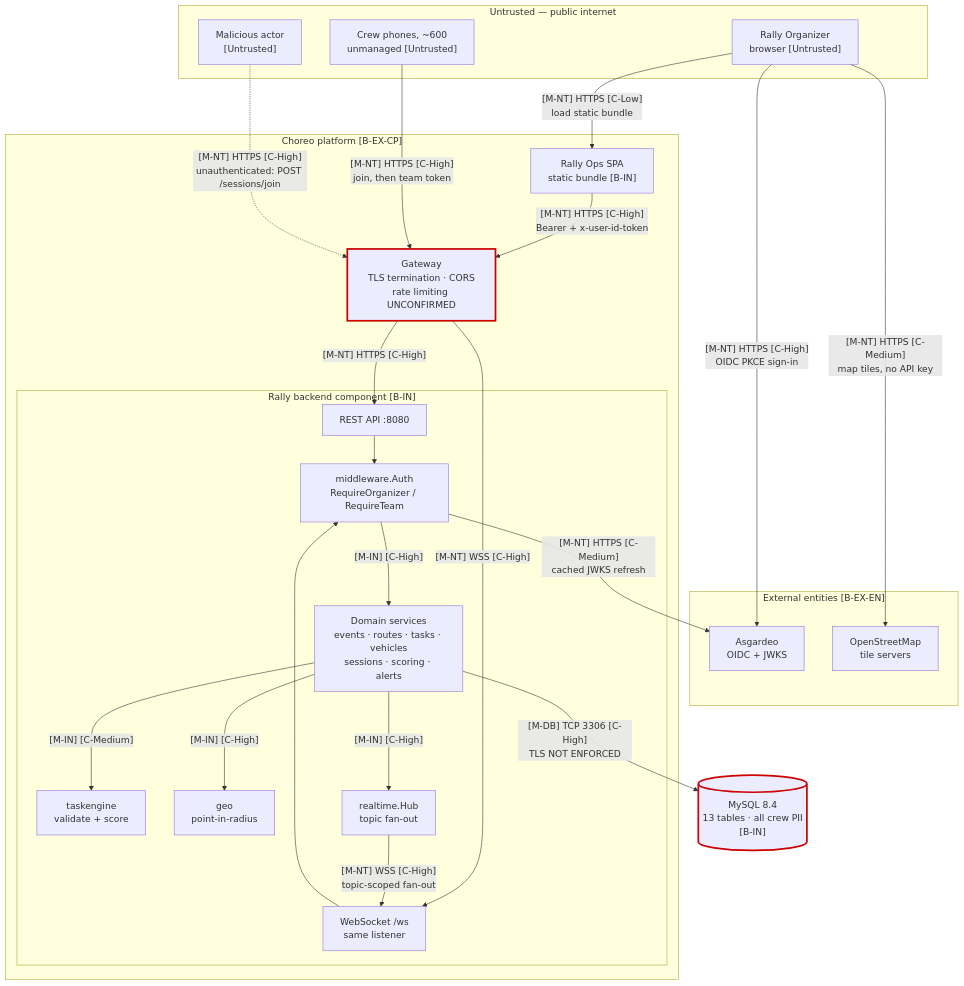
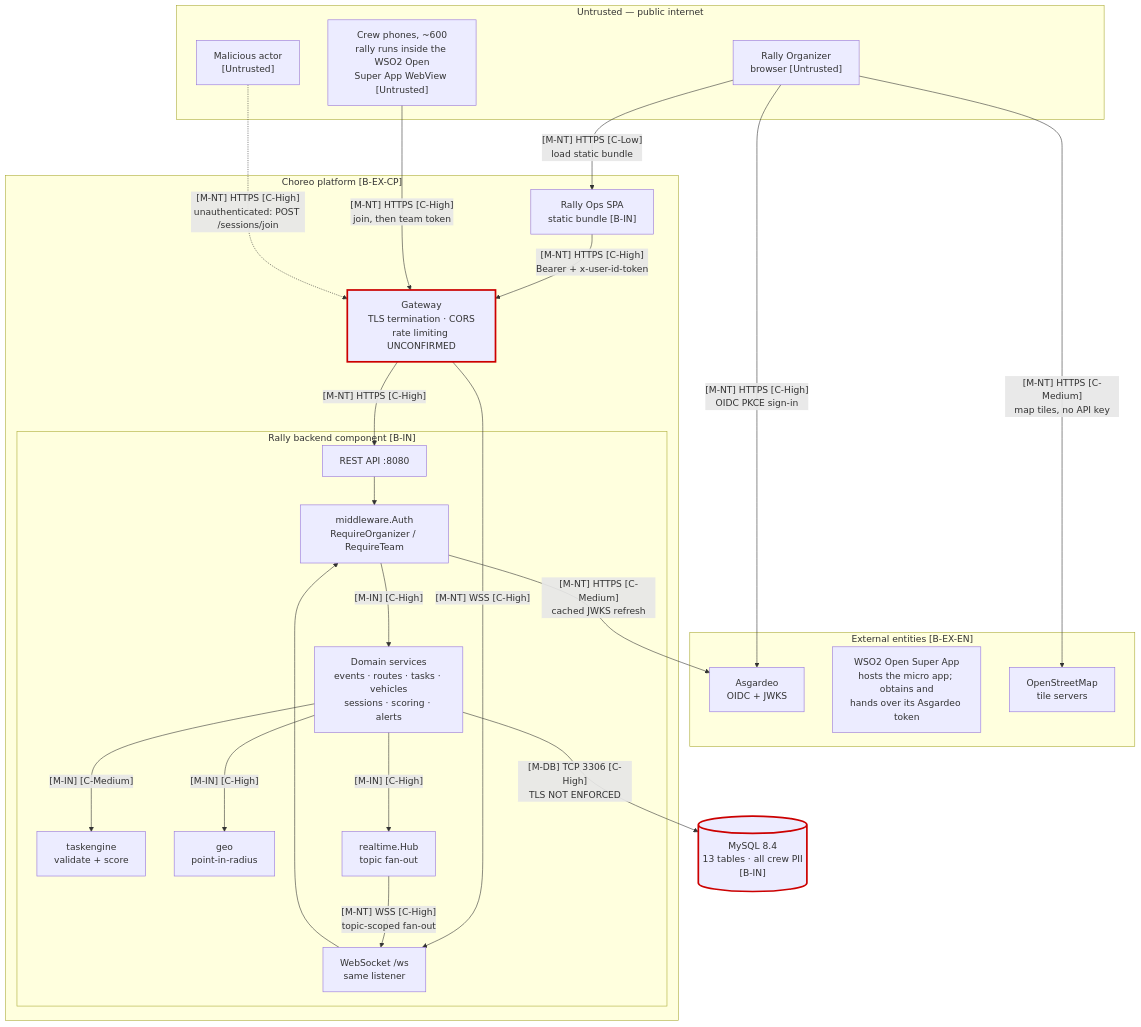
The first of 10 diagrams in docs/security/WSO2 Motor Rally 2027 - Architecture Diagrams.md (kasunsiyambalapitiya/wso2-rally), drawn with Mermaid before and after one commit. The commit also changed other lines of this file and 41 other files, not shown here.

First line of the commit message:
feat(backend): join by super app identity, gate the organizer surface

````diff
--- a/docs/security/WSO2 Motor Rally 2027 - Architecture Diagrams.md
+++ b/docs/security/WSO2 Motor Rally 2027 - Architecture Diagrams.md
@@ -33,53 +33,54 @@
 ```mermaid
 graph TB
     subgraph untrusted["Untrusted — public internet"]
         ORG["Rally Organizer<br/>browser [Untrusted]"]
-        CREW["Crew phones, ~600<br/>unmanaged [Untrusted]"]
+        CREW["Crew phones, ~600<br/>rally runs inside the WSO2 Open<br/>Super App WebView [Untrusted]"]
         ATT["Malicious actor<br/>[Untrusted]"]
     end
 
     subgraph external["External entities [B-EX-EN]"]
         ASG["Asgardeo<br/>OIDC + JWKS"]
+        SUP["WSO2 Open Super App<br/>hosts the micro app; obtains and<br/>hands over its Asgardeo token"]
         OSM["OpenStreetMap<br/>tile servers"]
     end
 
     subgraph choreo["Choreo platform [B-EX-CP]"]
         GW["Gateway<br/>TLS termination · CORS<br/>rate limiting UNCONFIRMED"]
 
         subgraph backend["Rally backend component [B-IN]"]
             REST["REST API :8080"]
             WS["WebSocket /ws<br/>same listener"]
             AUTH["middleware.Auth<br/>RequireOrganizer / RequireTeam"]
             SVC["Domain services<br/>events · routes · tasks · vehicles<br/>sessions · scoring · alerts"]
             ENG["taskengine<br/>validate + score"]
             GEO["geo<br/>point-in-radius"]
             HUB["realtime.Hub<br/>topic fan-out"]
         end
 
         SPA["Rally Ops SPA<br/>static bundle [B-IN]"]
     end
 
     DB[("MySQL 8.4<br/>13 tables · all crew PII<br/>[B-IN]")]
 
     ORG -->|"[M-NT] HTTPS [C-High]<br/>OIDC PKCE sign-in"| ASG
     ORG -->|"[M-NT] HTTPS [C-Low]<br/>load static bundle"| SPA
     ORG -->|"[M-NT] HTTPS [C-Medium]<br/>map tiles, no API key"| OSM
     SPA -->|"[M-NT] HTTPS [C-High]<br/>Bearer + x-user-id-token"| GW
     CREW -->|"[M-NT] HTTPS [C-High]<br/>join, then team token"| GW
     ATT -.->|"[M-NT] HTTPS [C-High]<br/>unauthenticated: POST /sessions/join"| GW
 
     GW -->|"[M-NT] HTTPS [C-High]"| REST
     GW -->|"[M-NT] WSS [C-High]"| WS
     REST --> AUTH
     WS --> AUTH
     AUTH -->|"[M-IN] [C-High]"| SVC
     SVC -->|"[M-IN] [C-Medium]"| ENG
     SVC -->|"[M-IN] [C-High]"| GEO
     SVC -->|"[M-IN] [C-High]"| HUB
     HUB -->|"[M-NT] WSS [C-High]<br/>topic-scoped fan-out"| WS
     SVC -->|"[M-DB] TCP 3306 [C-High]<br/>TLS NOT ENFORCED"| DB
     AUTH -->|"[M-NT] HTTPS [C-Medium]<br/>cached JWKS refresh"| ASG
 
     classDef gap stroke:#c00,stroke-width:3px
     class GW,DB gap
 ```
````
